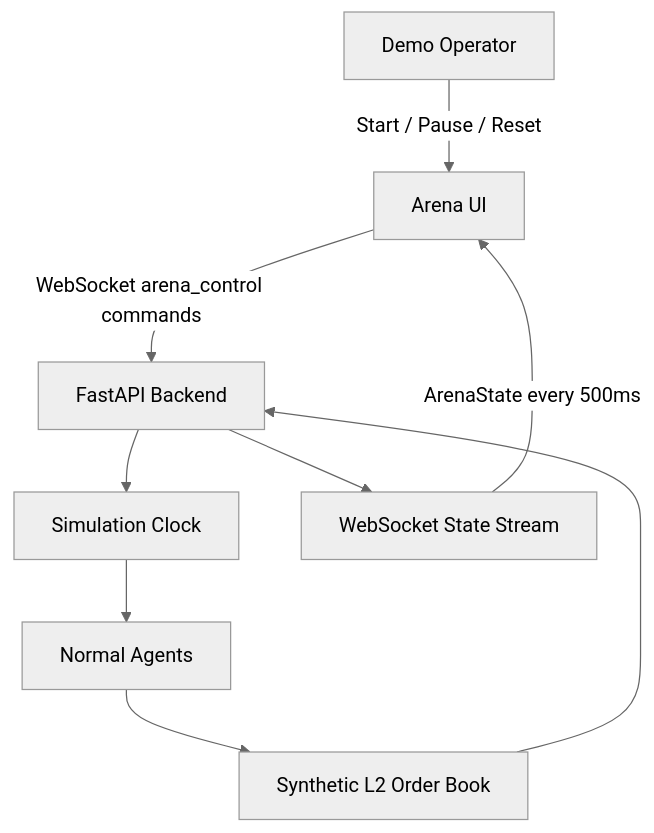
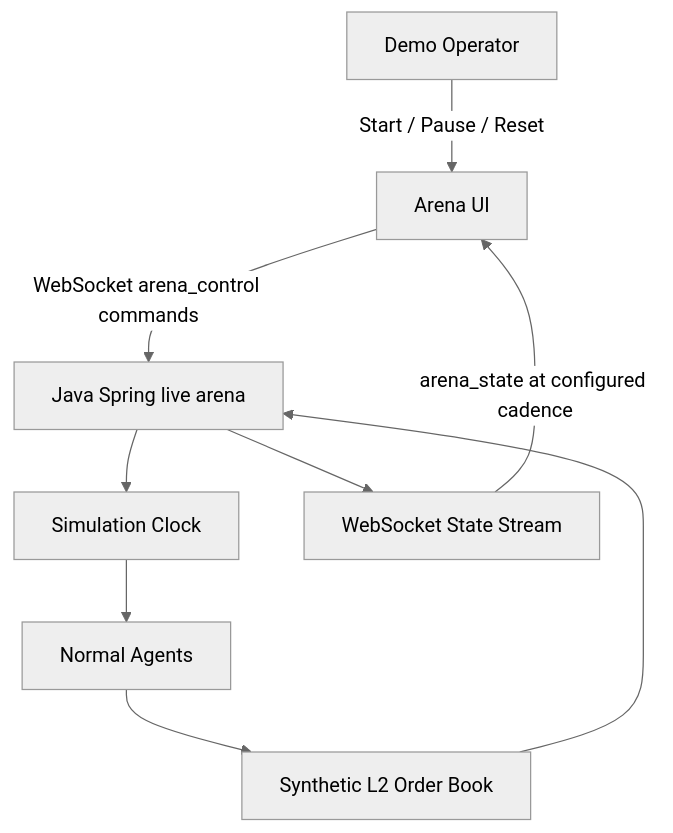
The third of 15 diagrams in docs/use-cases/README.md (khab40/lob-arena), drawn with Mermaid (neutral theme) before and after one commit. The commit also changed 24 other files, not shown here.

````diff
--- a/docs/use-cases/README.md
+++ b/docs/use-cases/README.md
@@ -161,19 +161,19 @@
 ```mermaid
 graph TD
     Actor["Demo Operator"]
     UI["Arena UI"]
-    Backend["FastAPI Backend"]
+    Backend["Java Spring live arena"]
     Clock["Simulation Clock"]
     Agents["Normal Agents"]
     Exchange["Synthetic L2 Order Book"]
     Stream["WebSocket State Stream"]
 
     Actor -->|"Start / Pause / Reset"| UI
     UI -->|"WebSocket arena_control commands"| Backend
     Backend --> Clock
     Clock --> Agents
     Agents --> Exchange
     Exchange --> Backend
     Backend --> Stream
-    Stream -->|"ArenaState every 500ms"| UI
+    Stream -->|"arena_state at configured cadence"| UI
 ```
````
